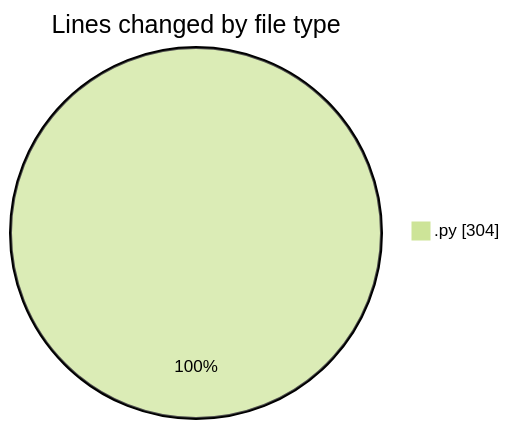
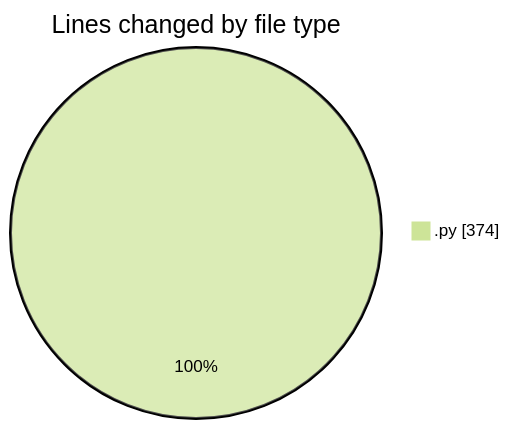
The first of 2 diagrams in 2025-01-02/ai/README.md (ernivani/code-tracking), drawn with Mermaid (forest theme) before and after one commit. The commit also changed other lines of this file and 1 other file, not shown here.

````diff
--- a/2025-01-02/ai/README.md
+++ b/2025-01-02/ai/README.md
@@ -21,5 +21,5 @@
 ```mermaid
 pie showData
 title Lines changed by file type
-".py" : 304
+".py" : 374
 ```
````
